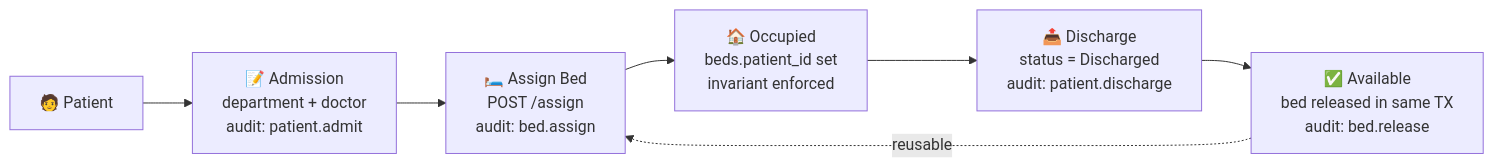
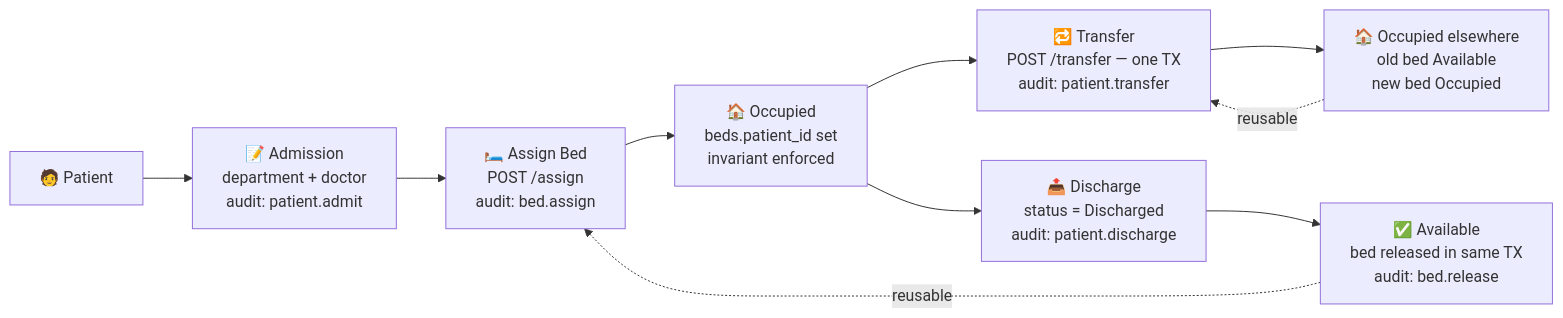
One commit to anuragY77/medcore-enterprise-hms changed the first of 2 diagrams in README.md. Above: the diagram before and after it, drawn with Mermaid. The commit also changed other lines of this file and 5 other files, not shown here.

Commit message:
feat: implement atomic patient transfer workflow

````diff
--- a/README.md
+++ b/README.md
@@ -125,9 +125,12 @@
 ```mermaid
 flowchart LR
     A[🧑 Patient] --> B[📝 Admission<br/>department + doctor<br/>audit: patient.admit]
     B --> C[🛏️ Assign Bed<br/>POST /assign<br/>audit: bed.assign]
     C --> D[🏠 Occupied<br/>beds.patient_id set<br/>invariant enforced]
+    D --> T[🔁 Transfer<br/>POST /transfer — one TX<br/>audit: patient.transfer]
+    T --> D2[🏠 Occupied elsewhere<br/>old bed Available<br/>new bed Occupied]
+    D2 -.->|reusable| T
     D --> E[📤 Discharge<br/>status = Discharged<br/>audit: patient.discharge]
     E --> F[✅ Available<br/>bed released in same TX<br/>audit: bed.release]
     F -.->|reusable| C
 ```
````
